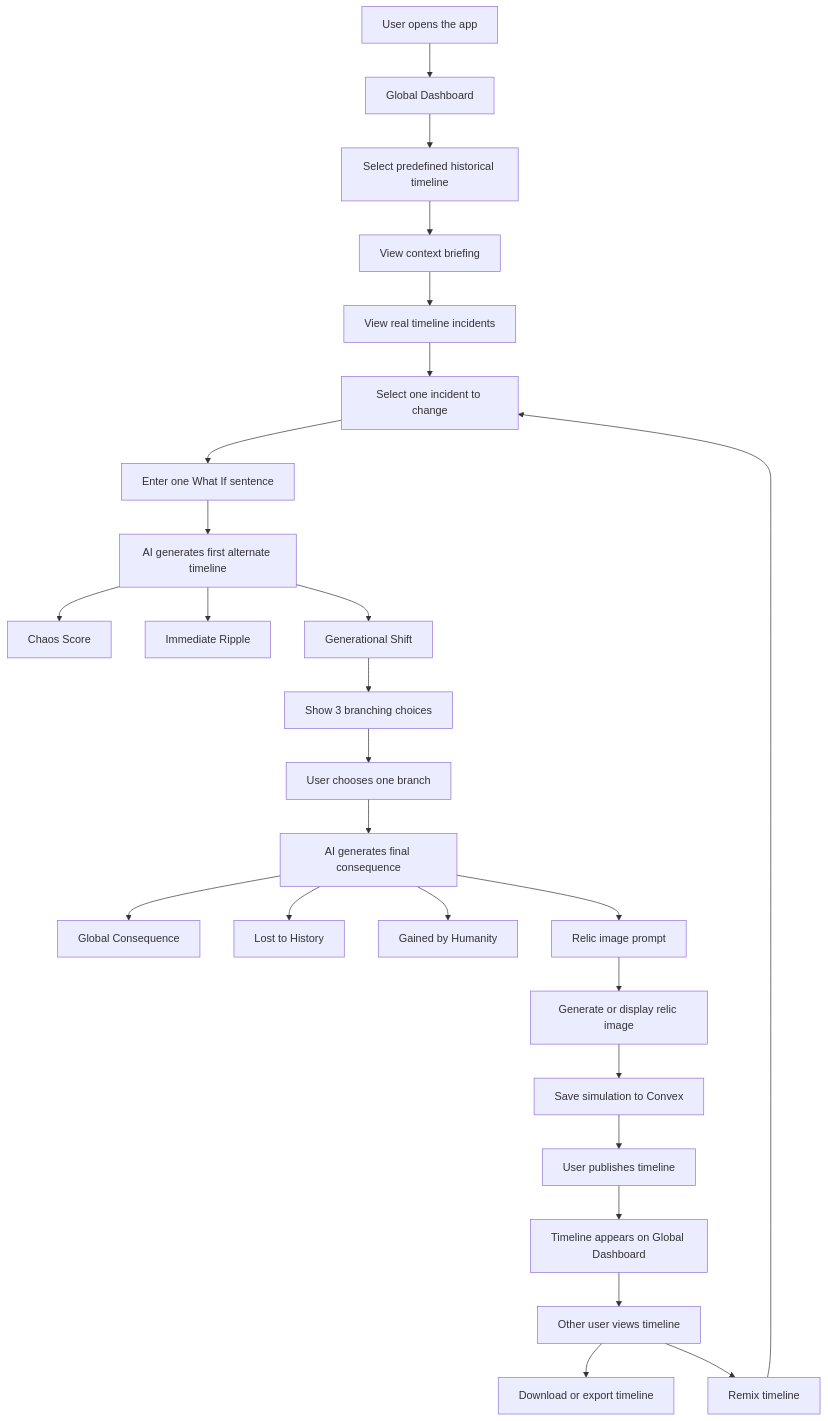
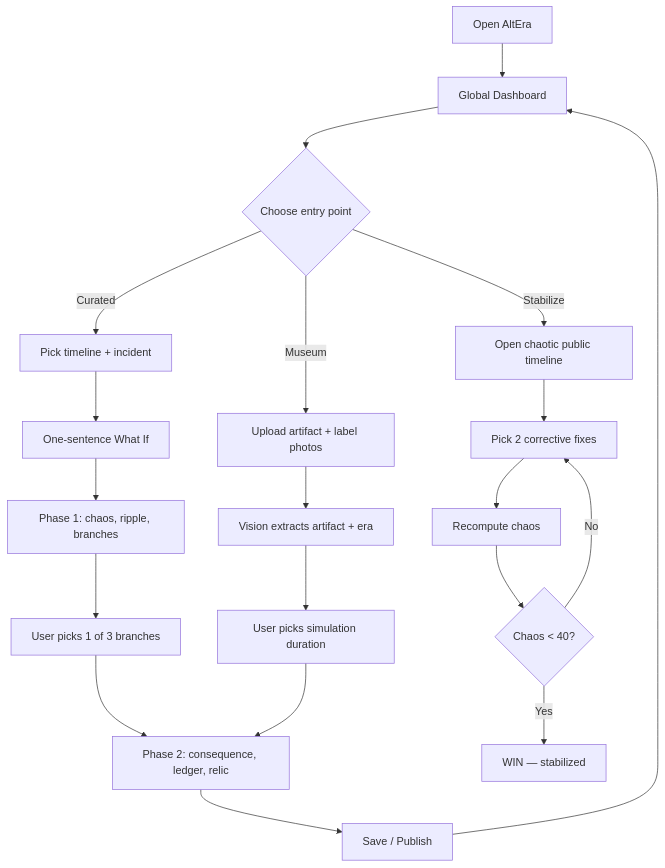
One commit to Tira2003/Cursor-Buildathon changed the first of 2 diagrams in README.md. Above: the diagram before and after it, drawn with Mermaid. The commit also changed other lines of this file and 2 other files, not shown here.

First line of the commit message:
Add GitHub docs, live demo links, and architecture design guides.

````diff
--- a/README.md
+++ b/README.md
@@ -121,28 +81,26 @@
 ```mermaid
 flowchart TD
-    A["User opens the app"] --> B["Global Dashboard"]
-    B --> C["Select predefined historical timeline"]
-    C --> D["View context briefing"]
-    D --> E["View real timeline incidents"]
-    E --> F["Select one incident to change"]
-    F --> G["Enter one What If sentence"]
-    G --> H["AI generates first alternate timeline"]
-    H --> I["Chaos Score"]
-    H --> J["Immediate Ripple"]
-    H --> K["Generational Shift"]
-    K --> L["Show 3 branching choices"]
-    L --> M["User chooses one branch"]
-    M --> N["AI generates final consequence"]
-    N --> O["Global Consequence"]
-    N --> P["Lost to History"]
-    N --> Q["Gained by Humanity"]
-    N --> R["Relic image prompt"]
-    R --> S["Generate or display relic image"]
-    S --> T["Save simulation to Convex"]
-    T --> U["User publishes timeline"]
-    U --> V["Timeline appears on Global Dashboard"]
-    V --> W["Other user views timeline"]
-    W --> X["Download or export timeline"]
-    W --> Y["Remix timeline"]
-    Y --> F
+    A[Open AltEra] --> B[Global Dashboard]
+    B --> C{Choose entry point}
+    C -->|Curated| D[Pick timeline + incident]
+    C -->|Museum| E[Upload artifact + label photos]
+    C -->|Stabilize| F[Open chaotic public timeline]
+
+    D --> G[One-sentence What If]
+    G --> H[Phase 1: chaos, ripple, branches]
+    H --> I[User picks 1 of 3 branches]
+    I --> J[Phase 2: consequence, ledger, relic]
+
+    E --> K[Vision extracts artifact + era]
+    K --> L[User picks simulation duration]
+    L --> J
+
+    F --> M[Pick 2 corrective fixes]
+    M --> N[Recompute chaos]
+    N --> O{Chaos < 40?}
+    O -->|Yes| P[WIN — stabilized]
+    O -->|No| M
+
+    J --> Q[Save / Publish]
+    Q --> B
 ```
````
